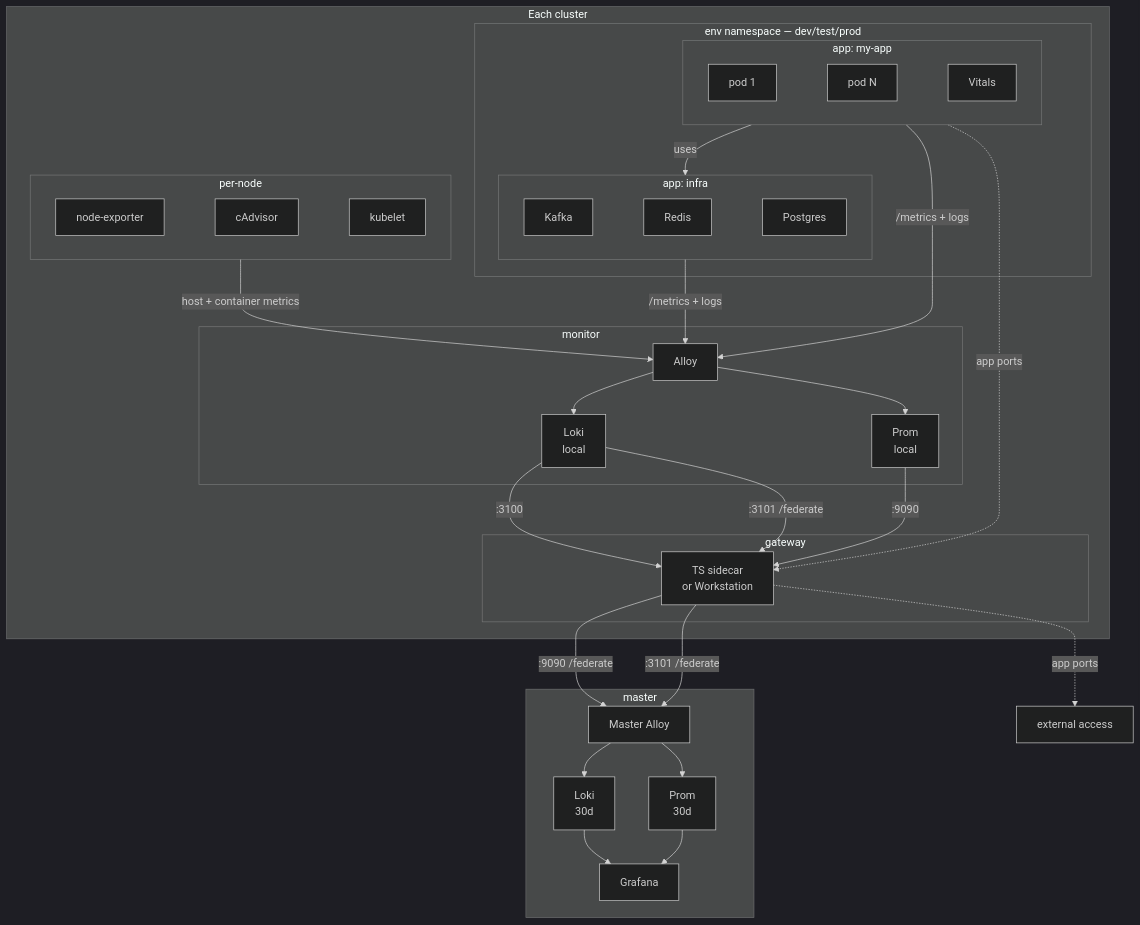
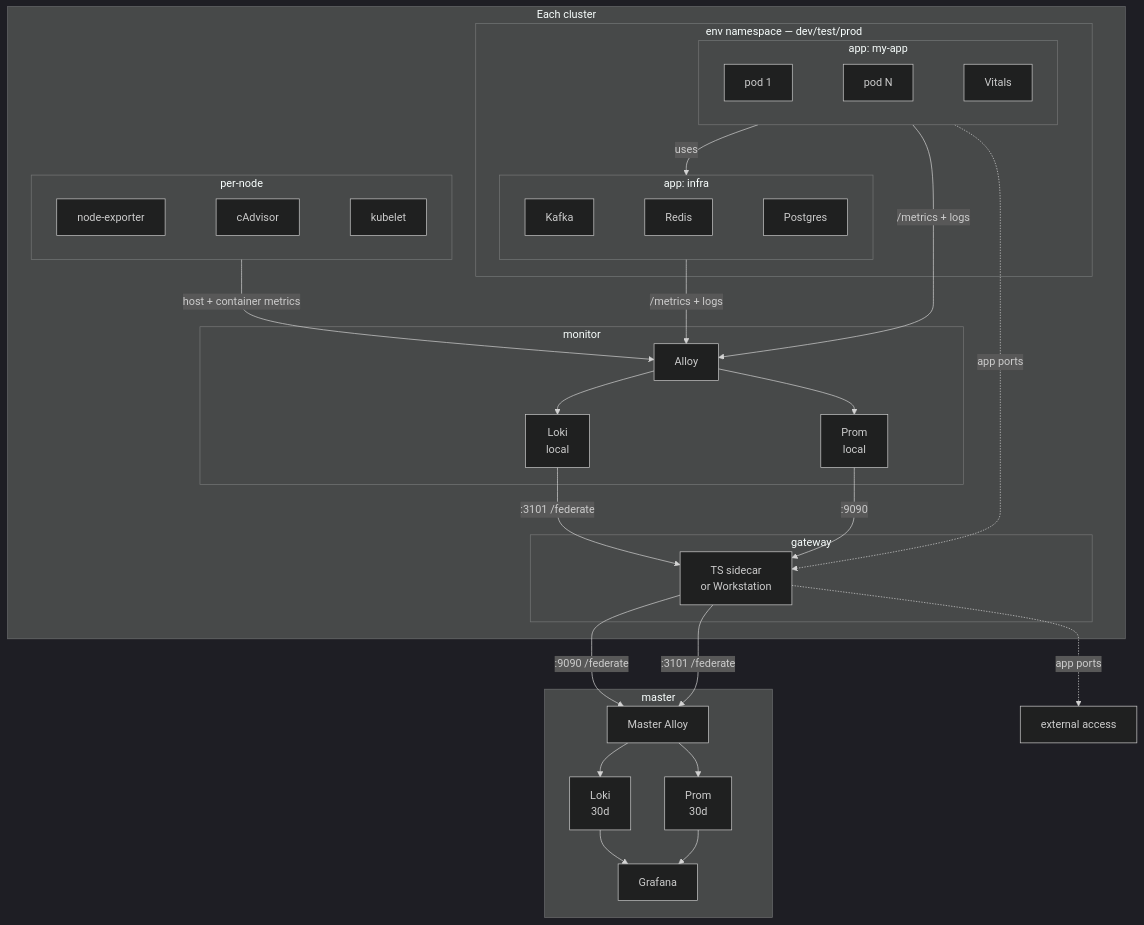
One commit to Kord96/kordinate changed the fourth of 4 diagrams in docs/infrastructure.md. Above: the diagram before and after it, drawn with Mermaid (dark theme). The commit also changed other lines of this file, not shown here.

````diff
--- a/docs/infrastructure.md
+++ b/docs/infrastructure.md
@@ -97,51 +97,50 @@
 ```mermaid
 flowchart TB
     subgraph cluster[Each cluster]
         subgraph env[env namespace — dev/test/prod]
             subgraph myapp["app: my-app"]
                 P1[pod 1]
                 PN[pod N]
                 VIT[Vitals]
                 P1 ~~~ PN ~~~ VIT
             end
             subgraph infra["app: infra"]
                 KF[Kafka]
                 RD[Redis]
                 PG[Postgres]
                 KF ~~~ RD ~~~ PG
             end
         end
 
         subgraph nodes[per-node]
             NE[node-exporter]
             CA[cAdvisor]
             KL[kubelet]
             NE ~~~ CA ~~~ KL
         end
 
         subgraph mon[monitor]
             AL[Alloy] --> LK[Loki<br/>local] & PR[Prom<br/>local]
         end
 
         subgraph gw[gateway]
             GWT[TS sidecar<br/>or Workstation]
         end
 
         myapp -->|uses| infra
         myapp & infra -->|/metrics + logs| AL
         nodes -->|host + container metrics| AL
         PR -->|:9090| GWT
-        LK -->|:3100| GWT
         LK -->|:3101 /federate| GWT
         myapp -.->|app ports| GWT
     end
 
     GWT -->|:9090 /federate| MA
     GWT -->|:3101 /federate| MA
     GWT -.->|app ports| EXT[external access]
 
     subgraph master[master]
         MA[Master Alloy] --> ML[Loki<br/>30d] & MP[Prom<br/>30d]
         MP & ML --> G[Grafana]
     end
 ```
````
